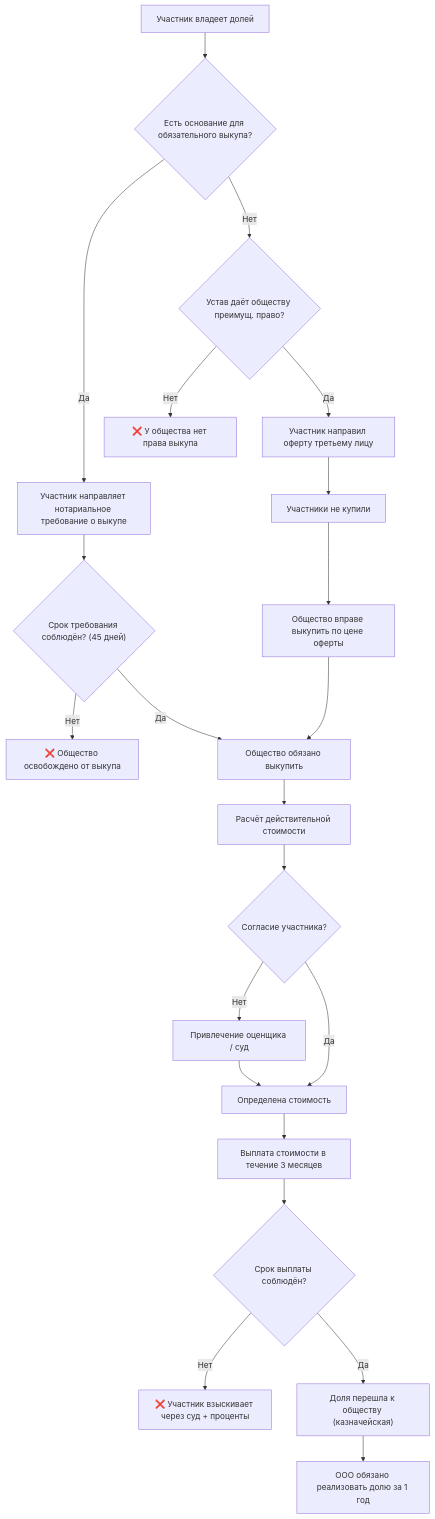
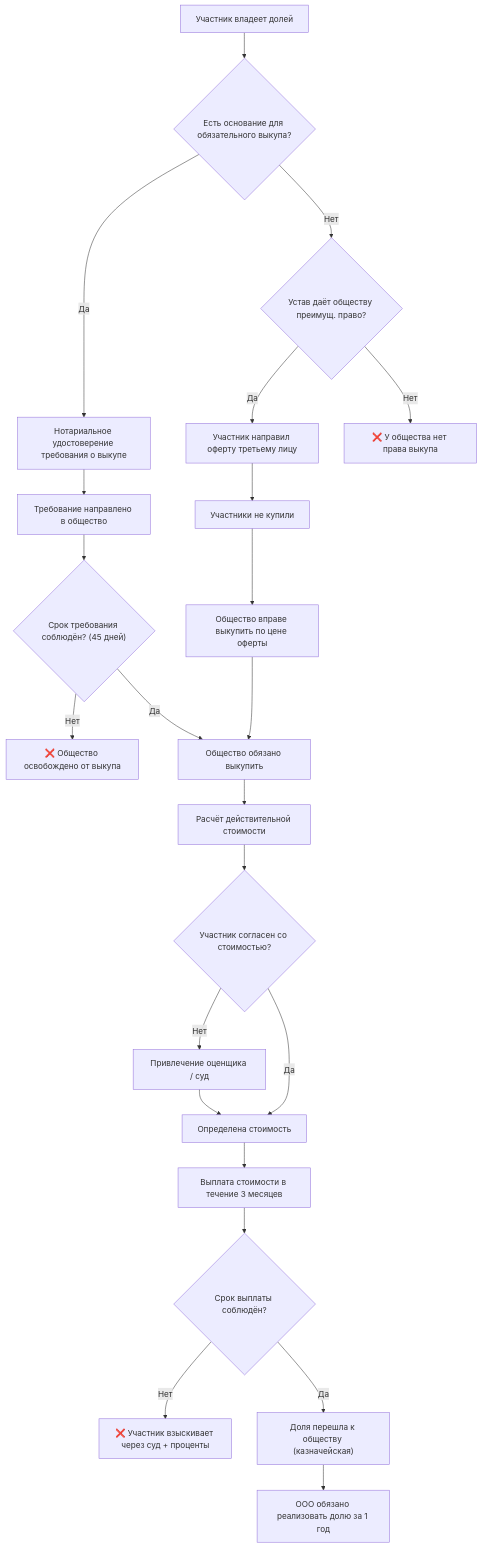
One commit to arsenyuk/SamorodinkaTech.Fiducia changed the third of 4 diagrams in docs/business-processes/llc-share-purchase-sale.md. Above: the diagram before and after it, drawn with Mermaid. The commit also changed other lines of this file and 1 other file, not shown here.

Commit message:
docs(llc): исправить порядок нотариального удостоверения в схемах; сделать ссылки в README кликабельными

````diff
--- a/docs/business-processes/llc-share-purchase-sale.md
+++ b/docs/business-processes/llc-share-purchase-sale.md
@@ -209,24 +209,25 @@
 ```mermaid
 flowchart TD
     A["Участник владеет долей"] --> B{Есть основание для обязательного выкупа?}
-    B -->|Да| C["Участник направляет нотариальное требование о выкупе"]
+    B -->|Да| C["Нотариальное удостоверение требования о выкупе"]
+    C --> CC["Требование направлено в общество"]
     B -->|Нет| D{Устав даёт обществу преимущ. право?}
     D -->|Да| E["Участник направил оферту третьему лицу"]
     E --> F["Участники не купили"]
     F --> G["Общество вправе выкупить по цене оферты"]
     D -->|Нет| H["❌ У общества нет права выкупа"]
-    C --> I{"Срок требования соблюдён? (45 дней)"}
+    CC --> I{"Срок требования соблюдён? (45 дней)"}
     I -->|Нет| J["❌ Общество освобождено от выкупа"]
     I -->|Да| K["Общество обязано выкупить"]
     G --> K
     K --> L["Расчёт действительной стоимости"]
-    L --> M{Согласие участника?}
+    L --> M{Участник согласен со стоимостью?}
     M -->|Нет| N["Привлечение оценщика / суд"]
     N --> O["Определена стоимость"]
     M -->|Да| O
     O --> P["Выплата стоимости в течение 3 месяцев"]
     P --> Q{Срок выплаты соблюдён?}
     Q -->|Нет| R["❌ Участник взыскивает через суд + проценты"]
     Q -->|Да| S["Доля перешла к обществу (казначейская)"]
     S --> T["ООО обязано реализовать долю за 1 год"]
 ```
````
